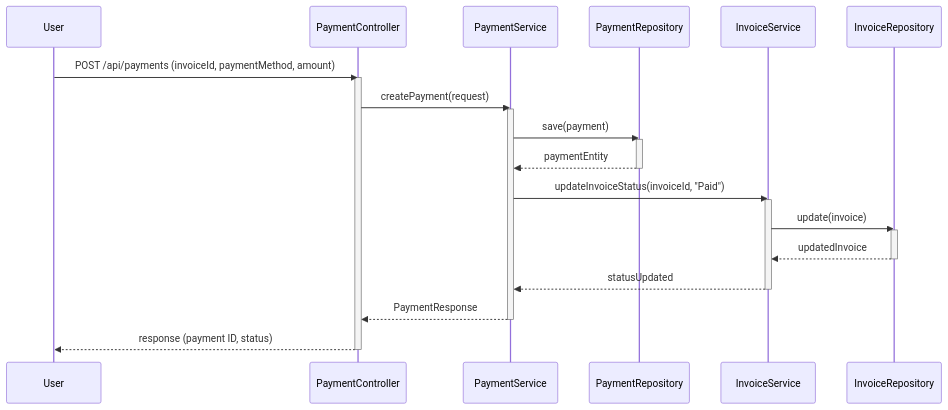
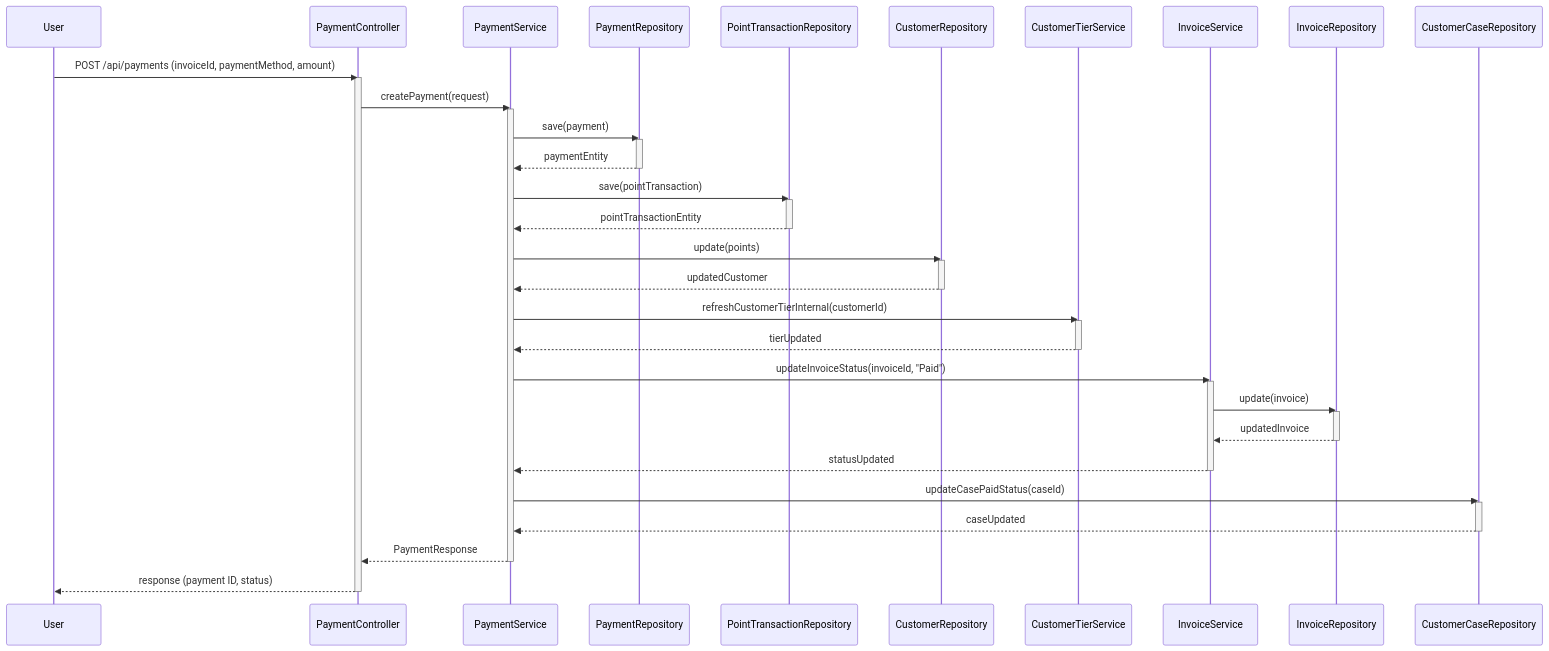
Before and after one commit to tdthanh-dev/ims-crm-spa-backend: the seventh of 8 diagrams in sequence_diagrams.md, drawn with Mermaid. The commit also changed other lines of this file, not shown here.

````diff
--- a/sequence_diagrams.md
+++ b/sequence_diagrams.md
@@ -194,30 +194,50 @@
 ```mermaid
 sequenceDiagram
     participant User as User
     participant PaymentController
     participant PaymentService
     participant PaymentRepository
+    participant PointTransactionRepository
+    participant CustomerRepository
+    participant CustomerTierService
     participant InvoiceService
     participant InvoiceRepository
+    participant CustomerCaseRepository
 
     User->>PaymentController: POST /api/payments (invoiceId, paymentMethod, amount)
     activate PaymentController
     PaymentController->>PaymentService: createPayment(request)
     activate PaymentService
     PaymentService->>PaymentRepository: save(payment)
     activate PaymentRepository
     PaymentRepository-->>PaymentService: paymentEntity
     deactivate PaymentRepository
+    PaymentService->>PointTransactionRepository: save(pointTransaction)
+    activate PointTransactionRepository
+    PointTransactionRepository-->>PaymentService: pointTransactionEntity
+    deactivate PointTransactionRepository
+    PaymentService->>CustomerRepository: update(points)
+    activate CustomerRepository
+    CustomerRepository-->>PaymentService: updatedCustomer
+    deactivate CustomerRepository
+    PaymentService->>CustomerTierService: refreshCustomerTierInternal(customerId)
+    activate CustomerTierService
+    CustomerTierService-->>PaymentService: tierUpdated
+    deactivate CustomerTierService
     PaymentService->>InvoiceService: updateInvoiceStatus(invoiceId, "Paid")
     activate InvoiceService
     InvoiceService->>InvoiceRepository: update(invoice)
     activate InvoiceRepository
     InvoiceRepository-->>InvoiceService: updatedInvoice
     deactivate InvoiceRepository
     InvoiceService-->>PaymentService: statusUpdated
     deactivate InvoiceService
+    PaymentService->>CustomerCaseRepository: updateCasePaidStatus(caseId)
+    activate CustomerCaseRepository
+    CustomerCaseRepository-->>PaymentService: caseUpdated
+    deactivate CustomerCaseRepository
     PaymentService-->>PaymentController: PaymentResponse
     deactivate PaymentService
     PaymentController-->>User: response (payment ID, status)
     deactivate PaymentController
 ```
````
